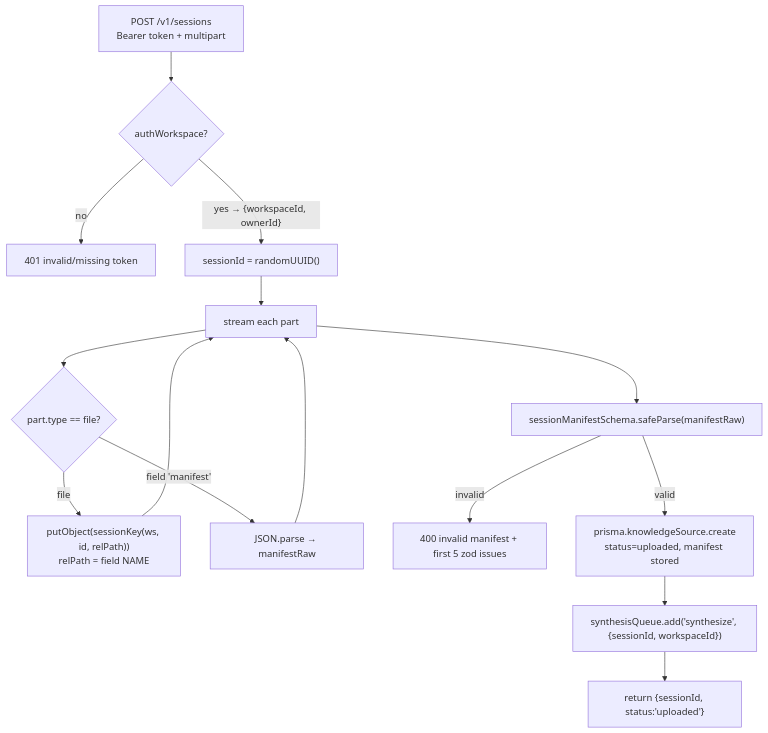
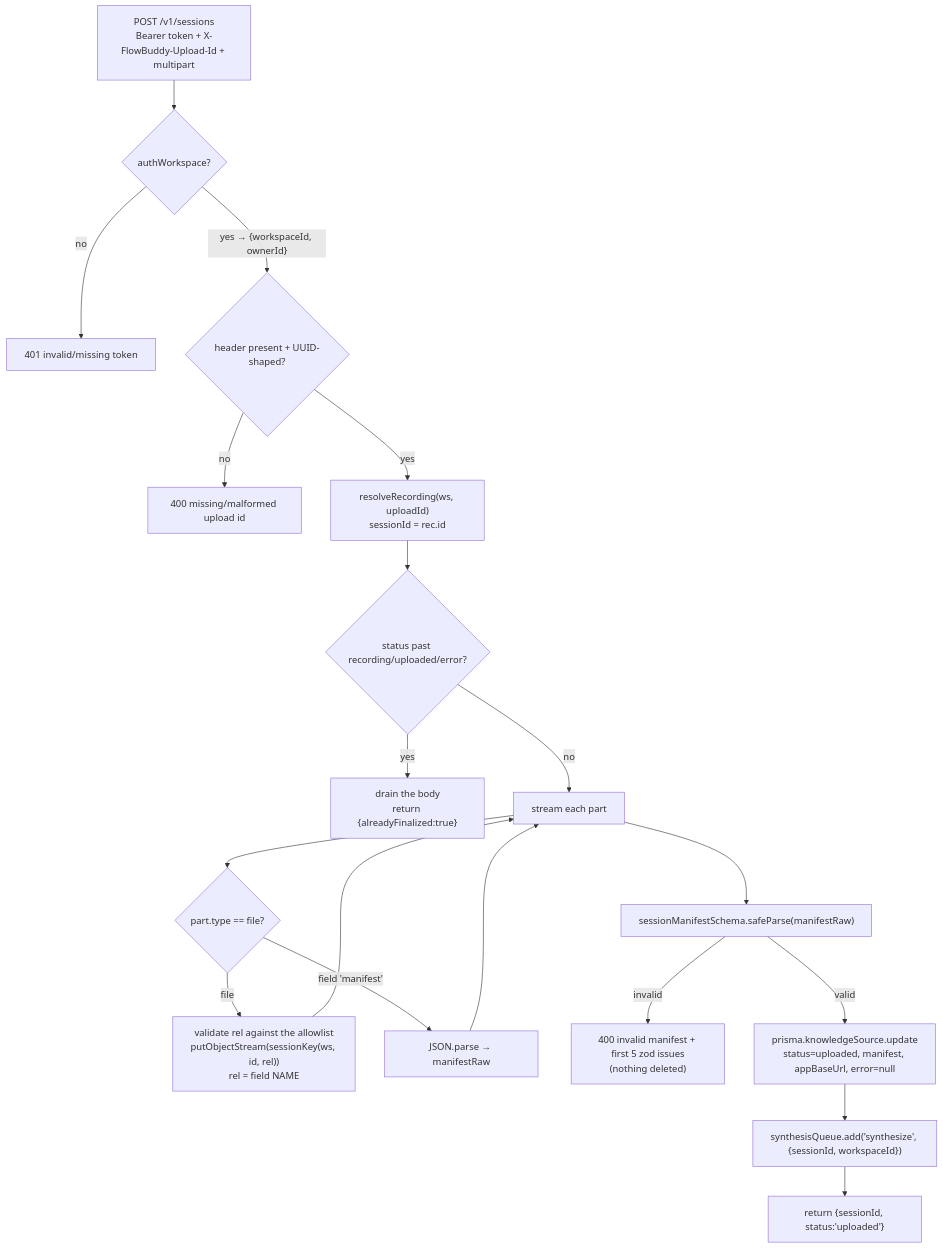
One commit to himanshu3553/flowbuddy changed the second of 2 diagrams in docs/internals/ingestion-api.md. Above: the diagram before and after it, drawn with Mermaid. The commit also changed other lines of this file and 32 other files, not shown here.

First line of the commit message:
fix(recorder): one recording, one identity — artifacts upload while you record

````diff
--- a/docs/internals/ingestion-api.md
+++ b/docs/internals/ingestion-api.md
@@ -61,17 +94,21 @@
 ```mermaid
 flowchart TD
-    A["POST /v1/sessions<br/>Bearer token + multipart"] --> B{authWorkspace?}
+    A["POST /v1/sessions<br/>Bearer token + X-FlowBuddy-Upload-Id + multipart"] --> B{authWorkspace?}
     B -- no --> B401["401 invalid/missing token"]
-    B -- "yes → {workspaceId, ownerId}" --> C["sessionId = randomUUID()"]
-    C --> D["stream each part"]
+    B -- "yes → {workspaceId, ownerId}" --> B2{"header present + UUID-shaped?"}
+    B2 -- no --> B400["400 missing/malformed upload id"]
+    B2 -- yes --> C["resolveRecording(ws, uploadId)<br/>sessionId = rec.id"]
+    C --> C2{"status past recording/uploaded/error?"}
+    C2 -- yes --> C3["drain the body<br/>return {alreadyFinalized:true}"]
+    C2 -- no --> D["stream each part"]
     D --> E{"part.type == file?"}
-    E -- file --> F["putObject(sessionKey(ws, id, relPath))<br/>relPath = field NAME"]
+    E -- file --> F["validate rel against the allowlist<br/>putObjectStream(sessionKey(ws, id, rel))<br/>rel = field NAME"]
     E -- "field 'manifest'" --> G["JSON.parse → manifestRaw"]
     F --> D
     G --> D
     D --> H["sessionManifestSchema.safeParse(manifestRaw)"]
-    H -- invalid --> H400["400 invalid manifest + first 5 zod issues"]
-    H -- valid --> I["prisma.knowledgeSource.create<br/>status=uploaded, manifest stored"]
+    H -- invalid --> H400["400 invalid manifest + first 5 zod issues<br/>(nothing deleted)"]
+    H -- valid --> I["prisma.knowledgeSource.update<br/>status=uploaded, manifest, appBaseUrl, error=null"]
     I --> J["synthesisQueue.add('synthesize', {sessionId, workspaceId})"]
     J --> K["return {sessionId, status:'uploaded'}"]
 ```
````
